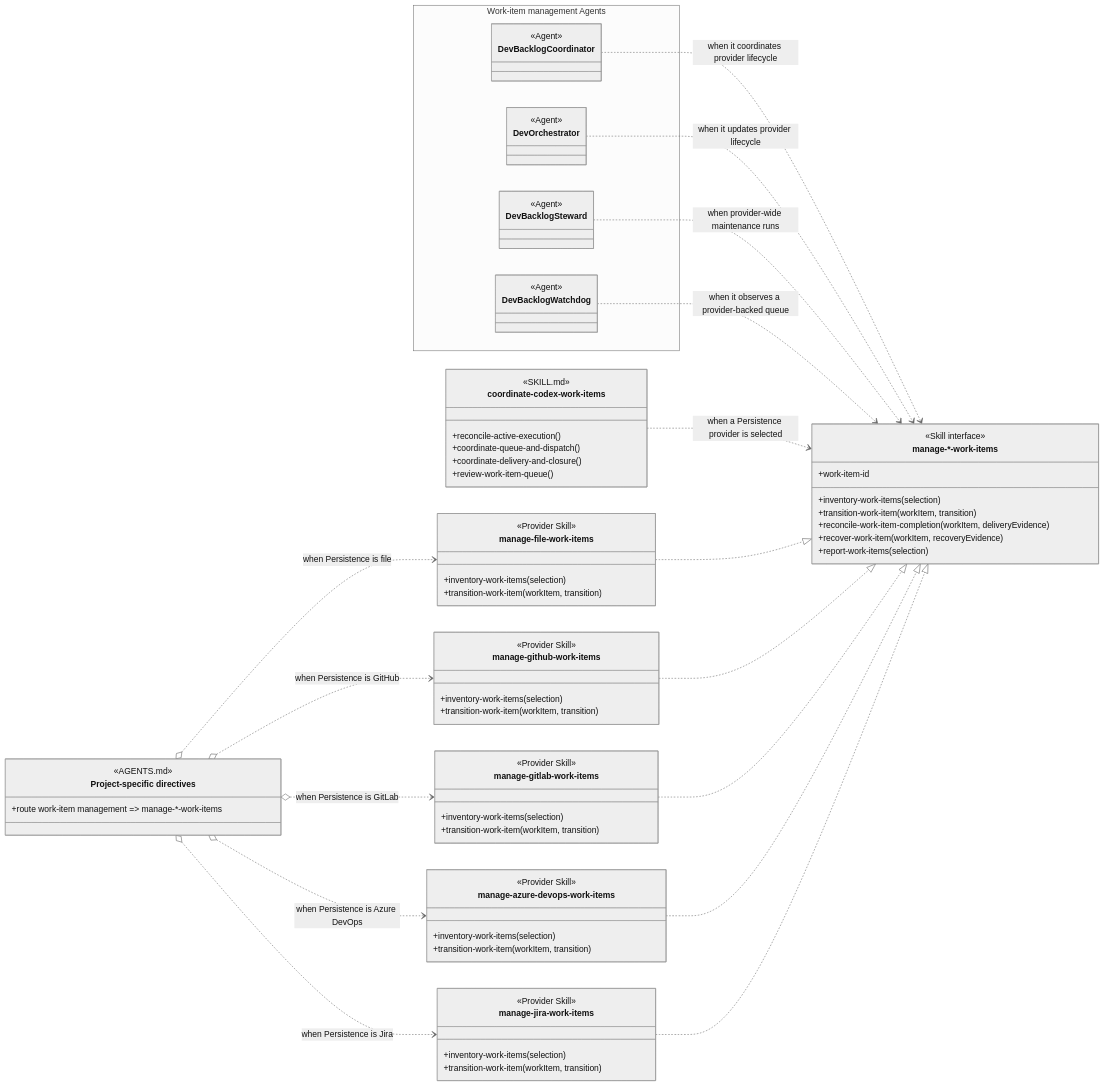
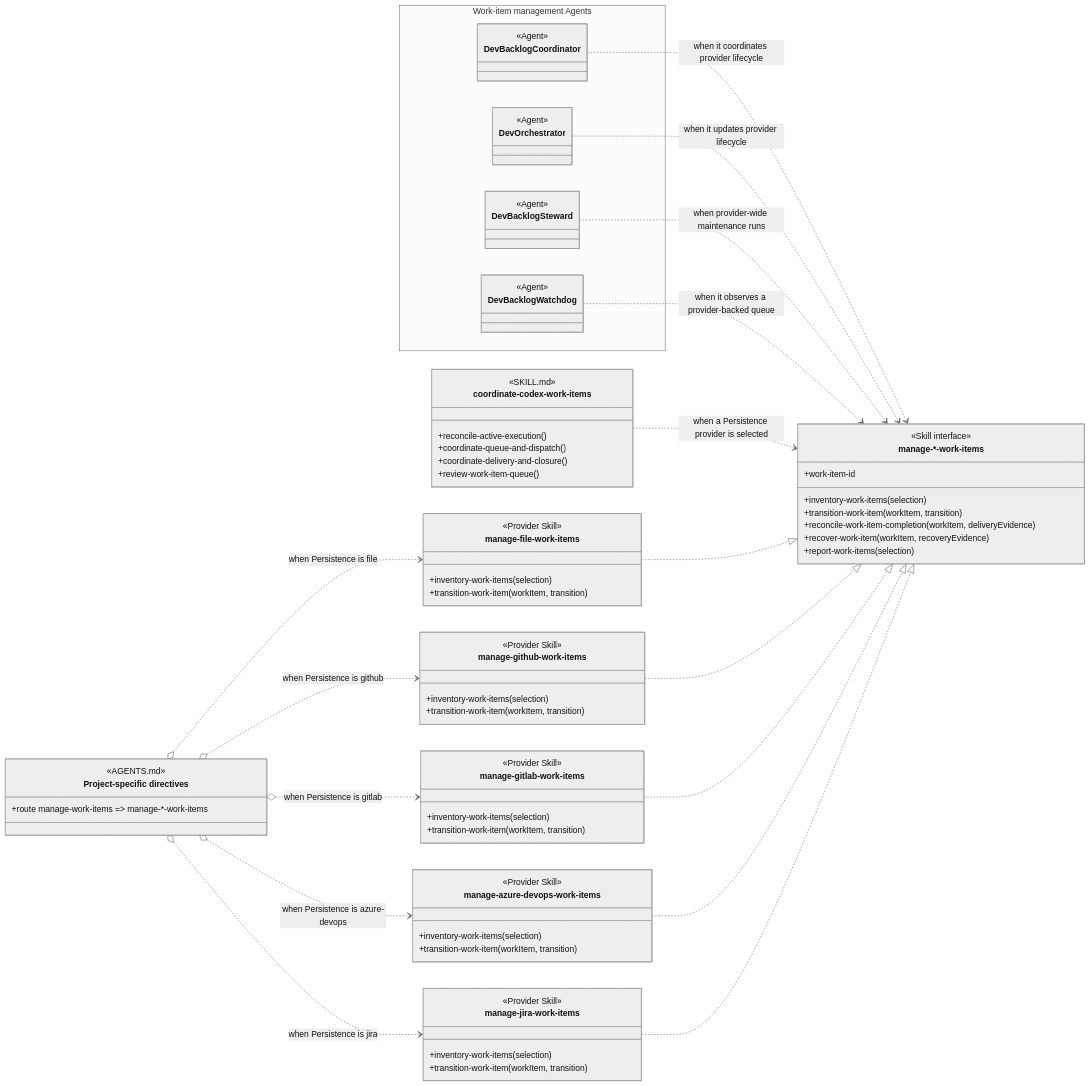
The fourth of 6 diagrams in design/skill-groups/concurrent-tasking.md (martinbechard/dev-methodology), drawn with Mermaid (neutral theme) before and after one commit. The commit also changed other lines of this file and 8 other files, not shown here.

```diff
--- a/design/skill-groups/concurrent-tasking.md
+++ b/design/skill-groups/concurrent-tasking.md
@@ -208,7 +269,7 @@
     class project-specific-directives["Project-specific directives"] {
         <<AGENTS.md>>
         <<routing>>
-        +route work-item management => manage-*-work-items
+        +route manage-work-items => manage-*-work-items
     }
 
     class ManageWorkItem["manage-*-work-items"] {
@@ -262,10 +323,10 @@
     DevBacklogWatchdog ..> ManageWorkItem : when it observes a provider-backed queue
     coordinate-codex-work-items ..> ManageWorkItem : when a Persistence provider is selected
     project-specific-directives o..> manage-file-work-items : when Persistence is file
-    project-specific-directives o..> manage-github-work-items : when Persistence is GitHub
-    project-specific-directives o..> manage-gitlab-work-items : when Persistence is GitLab
-    project-specific-directives o..> manage-azure-devops-work-items : when Persistence is Azure DevOps
-    project-specific-directives o..> manage-jira-work-items : when Persistence is Jira
+    project-specific-directives o..> manage-github-work-items : when Persistence is github
+    project-specific-directives o..> manage-gitlab-work-items : when Persistence is gitlab
+    project-specific-directives o..> manage-azure-devops-work-items : when Persistence is azure-devops
+    project-specific-directives o..> manage-jira-work-items : when Persistence is jira
     manage-file-work-items ..|> ManageWorkItem
     manage-github-work-items ..|> ManageWorkItem
     manage-gitlab-work-items ..|> ManageWorkItem
```
